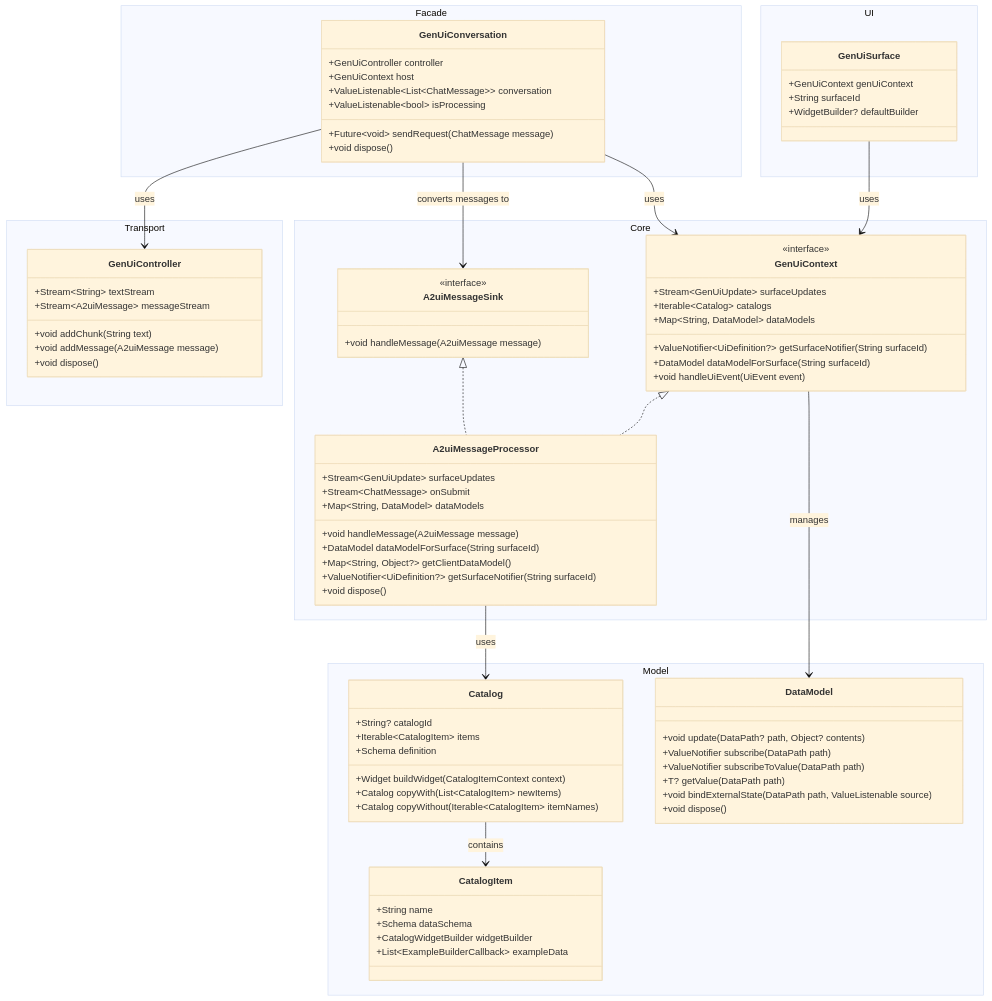
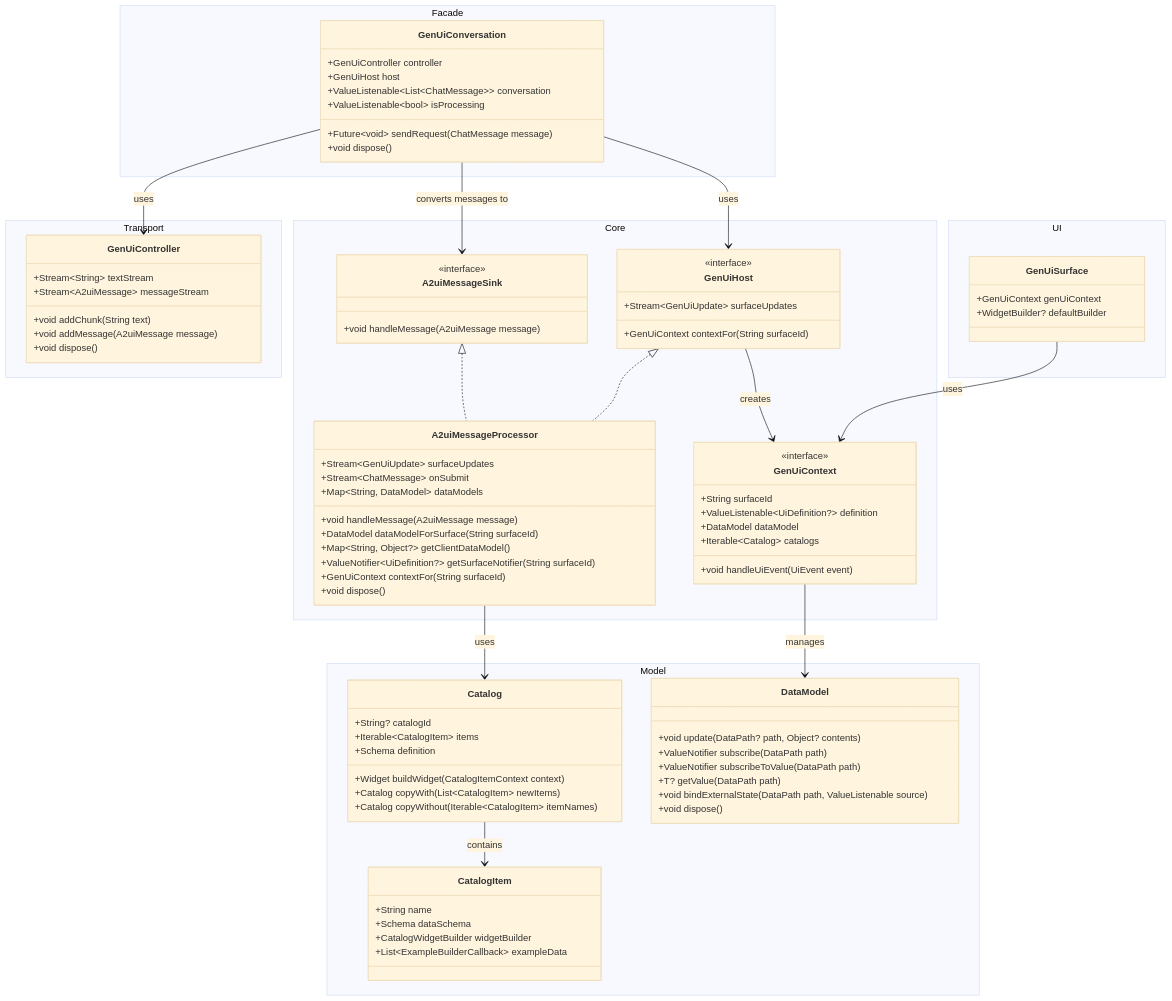
The second of 4 diagrams in packages/genui/docs/Design_Proposal.md (polina-c/genui), drawn with Mermaid (base theme) before and after one commit. The commit also changed other lines of this file and 38 other files, not shown here.

First line of the commit message:
feat(genui)!: refactor GenUiContext to be surface-scoped

````diff
--- a/packages/genui/docs/Design_Proposal.md
+++ b/packages/genui/docs/Design_Proposal.md
@@ -83,7 +83,7 @@
     namespace Facade {
         class GenUiConversation {
             +GenUiController controller
-            +GenUiContext host
+            +GenUiHost host
             +ValueListenable~List~ChatMessage~~ conversation
             +ValueListenable~bool~ isProcessing
             +Future~void~ sendRequest(ChatMessage message)
@@ -102,13 +102,18 @@
     }
 
     namespace Core {
+        class GenUiHost {
+            <<interface>>
+            +Stream~GenUiUpdate~ surfaceUpdates
+            +GenUiContext contextFor(String surfaceId)
+        }
+
         class GenUiContext {
             <<interface>>
-            +Stream~GenUiUpdate~ surfaceUpdates
-            +ValueNotifier~UiDefinition?~ getSurfaceNotifier(String surfaceId)
+            +String surfaceId
+            +ValueListenable~UiDefinition?~ definition
+            +DataModel dataModel
             +Iterable~Catalog~ catalogs
-            +Map~String, DataModel~ dataModels
-            +DataModel dataModelForSurface(String surfaceId)
             +void handleUiEvent(UiEvent event)
         }
 
@@ -125,6 +130,7 @@
             +DataModel dataModelForSurface(String surfaceId)
             +Map~String, Object?~ getClientDataModel()
             +ValueNotifier~UiDefinition?~ getSurfaceNotifier(String surfaceId)
+            +GenUiContext contextFor(String surfaceId)
             +void dispose()
         }
     }
@@ -132,7 +138,6 @@
     namespace UI {
         class GenUiSurface {
             +GenUiContext genUiContext
-            +String surfaceId
             +WidgetBuilder? defaultBuilder
         }
     }
@@ -164,13 +169,14 @@
         }
     }
 
-    GenUiContext <|.. A2uiMessageProcessor
+    GenUiHost <|.. A2uiMessageProcessor
     A2uiMessageSink <|.. A2uiMessageProcessor
     GenUiSurface --> GenUiContext : uses
+    GenUiHost --> GenUiContext : creates
     Catalog --> CatalogItem : contains
     GenUiContext --> DataModel : manages
     GenUiConversation --> GenUiController : uses
-    GenUiConversation --> GenUiContext : uses
+    GenUiConversation --> GenUiHost : uses
     GenUiConversation --> A2uiMessageSink : converts messages to
     A2uiMessageProcessor --> Catalog : uses
 ```
````
